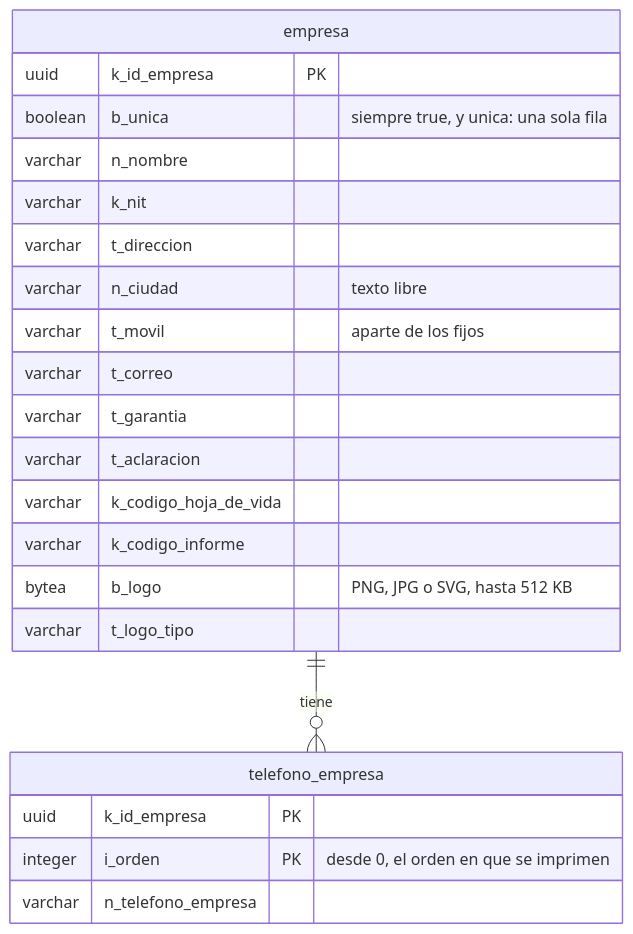
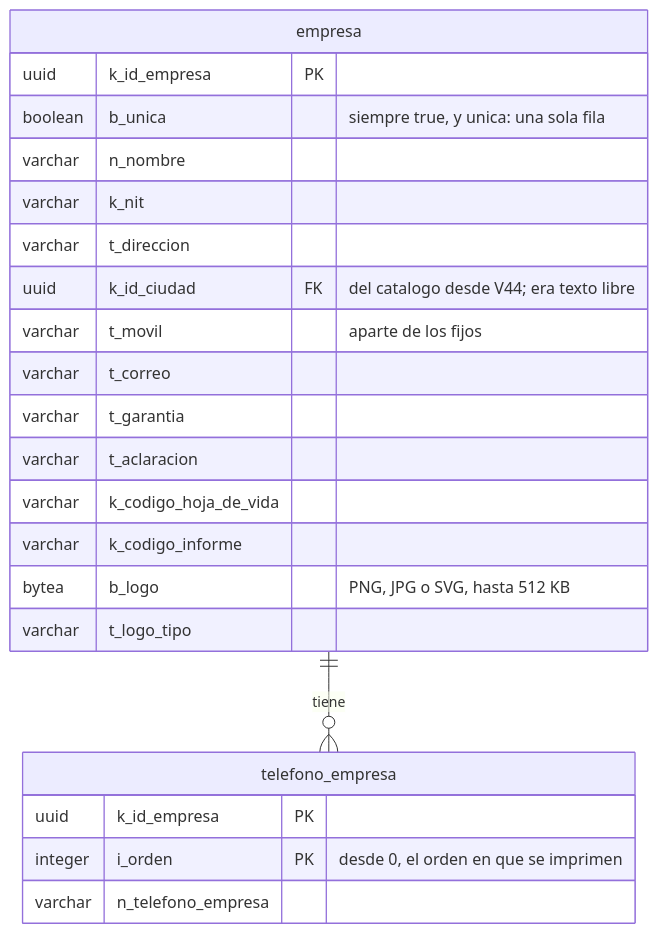
Before and after one commit to SeanBol222/MalphasOs: the second of 11 diagrams in SecondBrain/wiki/base-de-datos/esquema-bd-malphasos.md, drawn with Mermaid. The commit also changed other lines of this file and 7 other files, not shown here.

First line of the commit message:
docs: V44 in the schema note, the changelog and the plan

````diff
--- a/SecondBrain/wiki/base-de-datos/esquema-bd-malphasos.md
+++ b/SecondBrain/wiki/base-de-datos/esquema-bd-malphasos.md
@@ -277,25 +284,25 @@
 ```mermaid
 erDiagram
     empresa ||--o{ telefono_empresa : "tiene"
     empresa {
         uuid k_id_empresa PK
         boolean b_unica "siempre true, y unica: una sola fila"
         varchar n_nombre
         varchar k_nit
         varchar t_direccion
-        varchar n_ciudad "texto libre"
+        uuid k_id_ciudad FK "del catalogo desde V44; era texto libre"
         varchar t_movil "aparte de los fijos"
         varchar t_correo
         varchar t_garantia
         varchar t_aclaracion
         varchar k_codigo_hoja_de_vida
         varchar k_codigo_informe
         bytea b_logo "PNG, JPG o SVG, hasta 512 KB"
         varchar t_logo_tipo
     }
     telefono_empresa {
         uuid k_id_empresa PK
         integer i_orden PK "desde 0, el orden en que se imprimen"
         varchar n_telefono_empresa
     }
 ```
````
